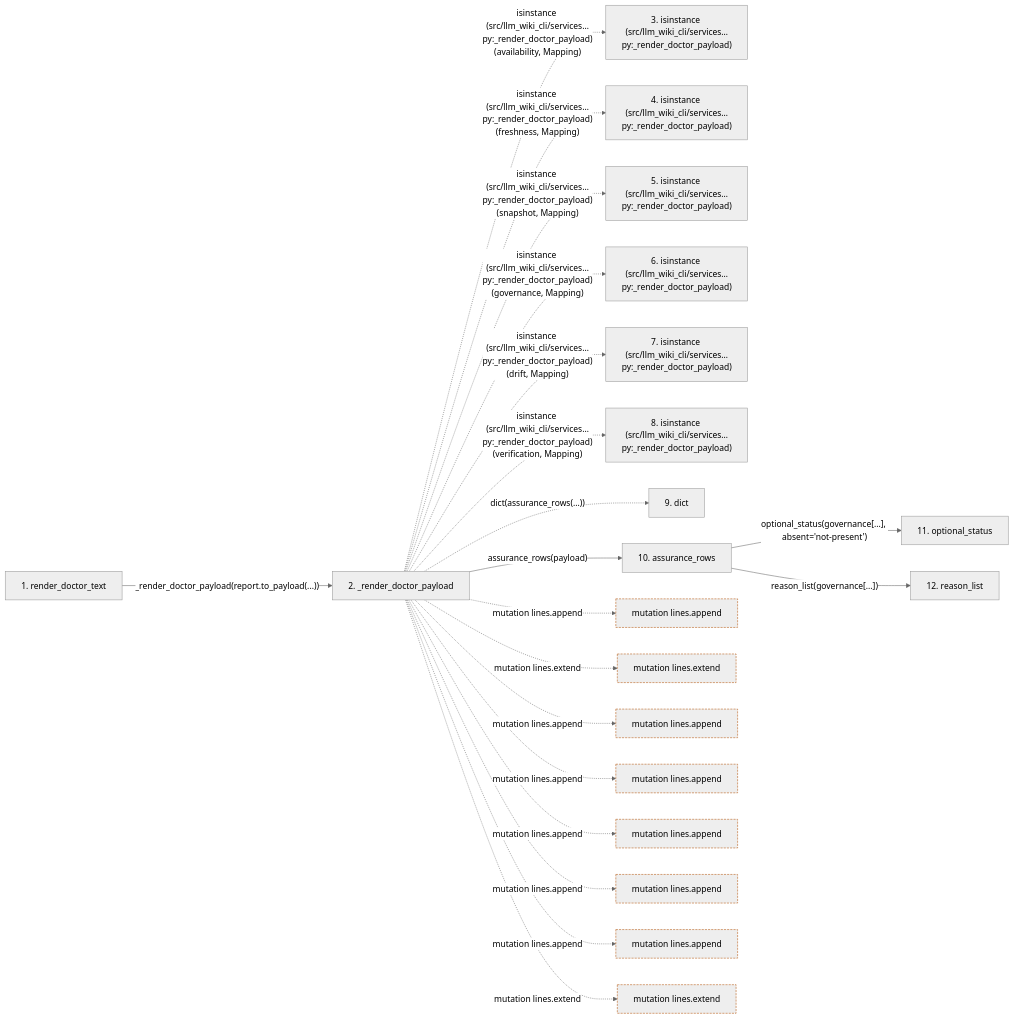
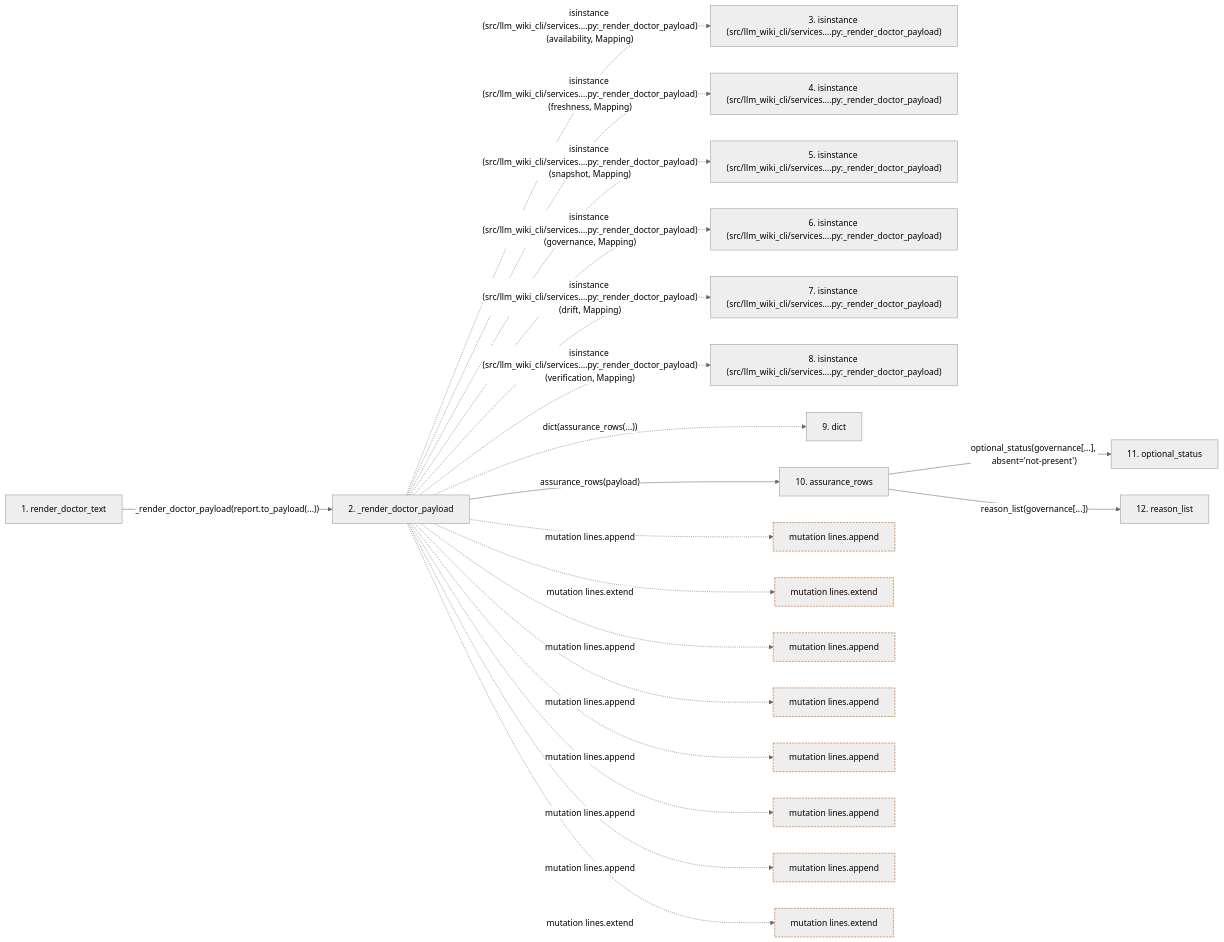
The second of 2 diagrams in docs/llm_wiki/flows/api-render_doctor_text.md (Denissvgn/python-wiki-llm), drawn with Mermaid (neutral theme) before and after one commit. The commit also changed other lines of this file and 719 other files, not shown here.

````diff
--- a/docs/llm_wiki/flows/api-render_doctor_text.md
+++ b/docs/llm_wiki/flows/api-render_doctor_text.md
@@ -120,56 +96,56 @@
 ```mermaid
 flowchart LR
     s1["1. render_doctor_text"]
     s2["2. _render_doctor_payload"]
-    s3["3. isinstance (src/llm_wiki_cli/services…py:_render_doctor_payload)"]
-    s4["4. isinstance (src/llm_wiki_cli/services…py:_render_doctor_payload)"]
-    s5["5. isinstance (src/llm_wiki_cli/services…py:_render_doctor_payload)"]
-    s6["6. isinstance (src/llm_wiki_cli/services…py:_render_doctor_payload)"]
-    s7["7. isinstance (src/llm_wiki_cli/services…py:_render_doctor_payload)"]
-    s8["8. isinstance (src/llm_wiki_cli/services…py:_render_doctor_payload)"]
+    s3["3. isinstance (src/llm_wiki_cli/services….py:_render_doctor_payload)"]
+    s4["4. isinstance (src/llm_wiki_cli/services….py:_render_doctor_payload)"]
+    s5["5. isinstance (src/llm_wiki_cli/services….py:_render_doctor_payload)"]
+    s6["6. isinstance (src/llm_wiki_cli/services….py:_render_doctor_payload)"]
+    s7["7. isinstance (src/llm_wiki_cli/services….py:_render_doctor_payload)"]
+    s8["8. isinstance (src/llm_wiki_cli/services….py:_render_doctor_payload)"]
     s9["9. dict"]
     s10["10. assurance_rows"]
     s11["11. optional_status"]
     s12["12. reason_list"]
     s1 -->|"_render_doctor_payload(report.to_payload(...))"| s2
-    s2 -. "isinstance (src/llm_wiki_cli/services…py:_render_doctor_payload)(availability, Mapping)" .-> s3
-    s2 -. "isinstance (src/llm_wiki_cli/services…py:_render_doctor_payload)(freshness, Mapping)" .-> s4
-    s2 -. "isinstance (src/llm_wiki_cli/services…py:_render_doctor_payload)(snapshot, Mapping)" .-> s5
-    s2 -. "isinstance (src/llm_wiki_cli/services…py:_render_doctor_payload)(governance, Mapping)" .-> s6
-    s2 -. "isinstance (src/llm_wiki_cli/services…py:_render_doctor_payload)(drift, Mapping)" .-> s7
-    s2 -. "isinstance (src/llm_wiki_cli/services…py:_render_doctor_payload)(verification, Mapping)" .-> s8
+    s2 -. "isinstance (src/llm_wiki_cli/services….py:_render_doctor_payload)(availability, Mapping)" .-> s3
+    s2 -. "isinstance (src/llm_wiki_cli/services….py:_render_doctor_payload)(freshness, Mapping)" .-> s4
+    s2 -. "isinstance (src/llm_wiki_cli/services….py:_render_doctor_payload)(snapshot, Mapping)" .-> s5
+    s2 -. "isinstance (src/llm_wiki_cli/services….py:_render_doctor_payload)(governance, Mapping)" .-> s6
+    s2 -. "isinstance (src/llm_wiki_cli/services….py:_render_doctor_payload)(drift, Mapping)" .-> s7
+    s2 -. "isinstance (src/llm_wiki_cli/services….py:_render_doctor_payload)(verification, Mapping)" .-> s8
     s2 -. "dict(assurance_rows(...))" .-> s9
     s2 -->|"assurance_rows(payload)"| s10
     s10 -->|"optional_status(governance[...], absent='not-present')"| s11
     s10 -->|"reason_list(governance[...])"| s12
     b0["mutation lines.append"]
     s2 -. "mutation lines.append" .-> b0
     b1["mutation lines.extend"]
     s2 -. "mutation lines.extend" .-> b1
     b2["mutation lines.append"]
     s2 -. "mutation lines.append" .-> b2
     b3["mutation lines.append"]
     s2 -. "mutation lines.append" .-> b3
     b4["mutation lines.append"]
     s2 -. "mutation lines.append" .-> b4
     b5["mutation lines.append"]
     s2 -. "mutation lines.append" .-> b5
     b6["mutation lines.append"]
     s2 -. "mutation lines.append" .-> b6
     b7["mutation lines.extend"]
     s2 -. "mutation lines.extend" .-> b7
     click s1 "../modules/doctor_service.md"
     click s2 "../modules/doctor_service.md"
     click s10 "../modules/health_summary.md"
     click s11 "../modules/health_summary.md"
     click s12 "../modules/health_summary.md"
     classDef boundary stroke:#b45309,stroke-dasharray: 4 2
     class b0 boundary
     class b1 boundary
     class b2 boundary
     class b3 boundary
     class b4 boundary
     class b5 boundary
     class b6 boundary
     class b7 boundary
 ```
````
